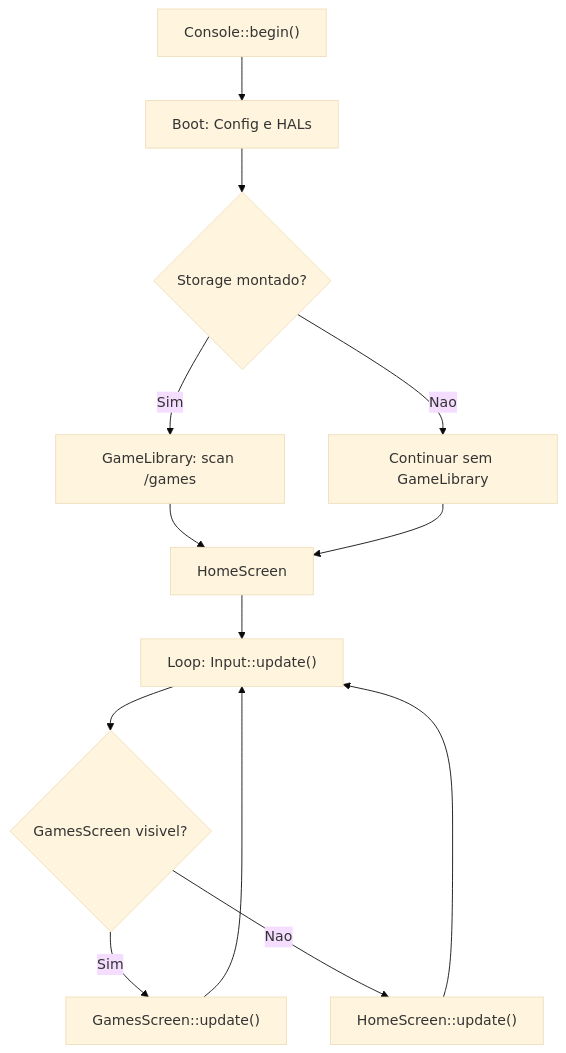
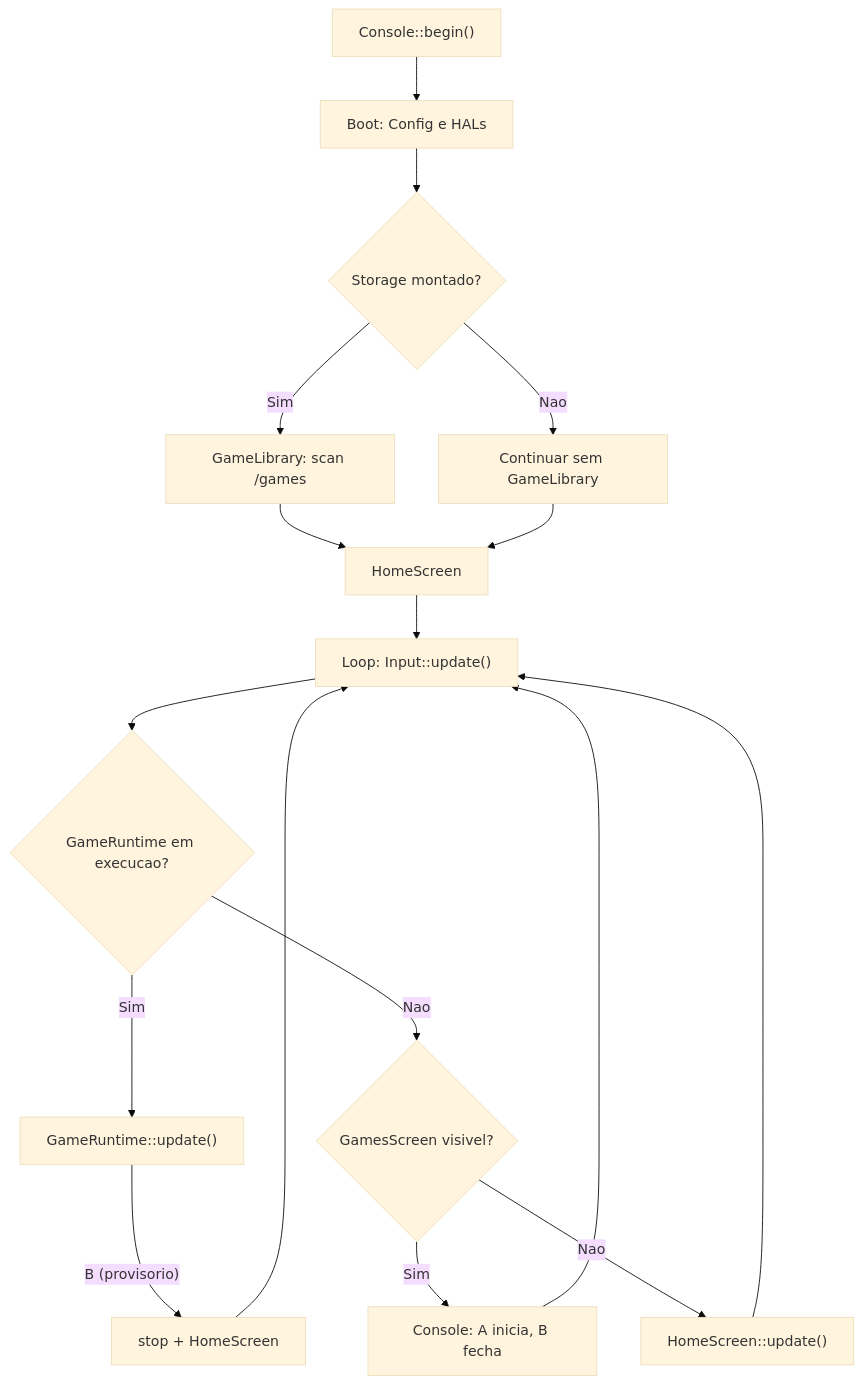
One commit to AlisonSimiao/micro-console changed the second of 3 diagrams in README.md. Above: the diagram before and after it, drawn with Mermaid (base theme). The commit also changed other lines of this file and 3 other files, not shown here.

First line of the commit message:
docs: reflete o GameRuntime implementado e o runner de testes

````diff
--- a/README.md
+++ b/README.md
@@ -110,15 +111,19 @@
 ```mermaid
 flowchart TD
     A["Console::begin()"] --> B["Boot: Config e HALs"]
     B --> C{"Storage montado?"}
     C -->|Sim| D["GameLibrary: scan /games"]
     C -->|Nao| E["Continuar sem GameLibrary"]
     D --> F["HomeScreen"]
     E --> F
     F --> G["Loop: Input::update()"]
-    G --> H{"GamesScreen visivel?"}
-    H -->|Sim| I["GamesScreen::update()"]
+    G --> R{"GameRuntime em execucao?"}
+    R -->|Sim| S["GameRuntime::update()"]
+    S -->|"B (provisorio)"| T["stop + HomeScreen"]
+    T --> G
+    R -->|Nao| H{"GamesScreen visivel?"}
+    H -->|Sim| I["Console: A inicia, B fecha"]
     H -->|Nao| J["HomeScreen::update()"]
     I --> G
     J --> G
 ```
````
